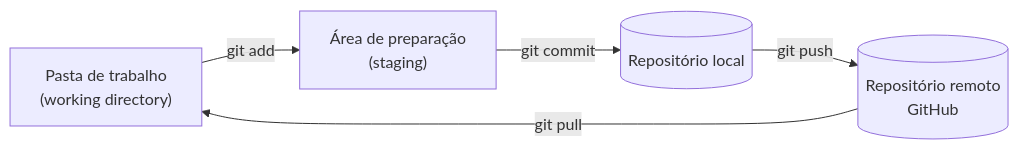
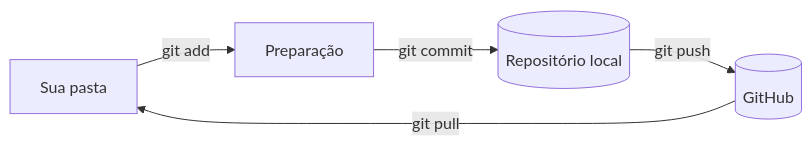
Before and after one commit to heliobentzen/dpw: the diagram in modulos/00-ambiente-e-ferramentas/README.md, drawn with Mermaid. The commit also changed other lines of this file and 78 other files, not shown here.

````diff
--- a/modulos/00-ambiente-e-ferramentas/README.md
+++ b/modulos/00-ambiente-e-ferramentas/README.md
@@ -119,7 +55,7 @@
 ```mermaid
 flowchart LR
-    W["Pasta de trabalho<br/>(working directory)"] -- "git add" --> S["Área de preparação<br/>(staging)"]
+    W["Sua pasta"] -- "git add" --> S["Preparação"]
     S -- "git commit" --> L[("Repositório local")]
-    L -- "git push" --> R[("Repositório remoto<br/>GitHub")]
+    L -- "git push" --> R[("GitHub")]
     R -- "git pull" --> W
 ```
````
